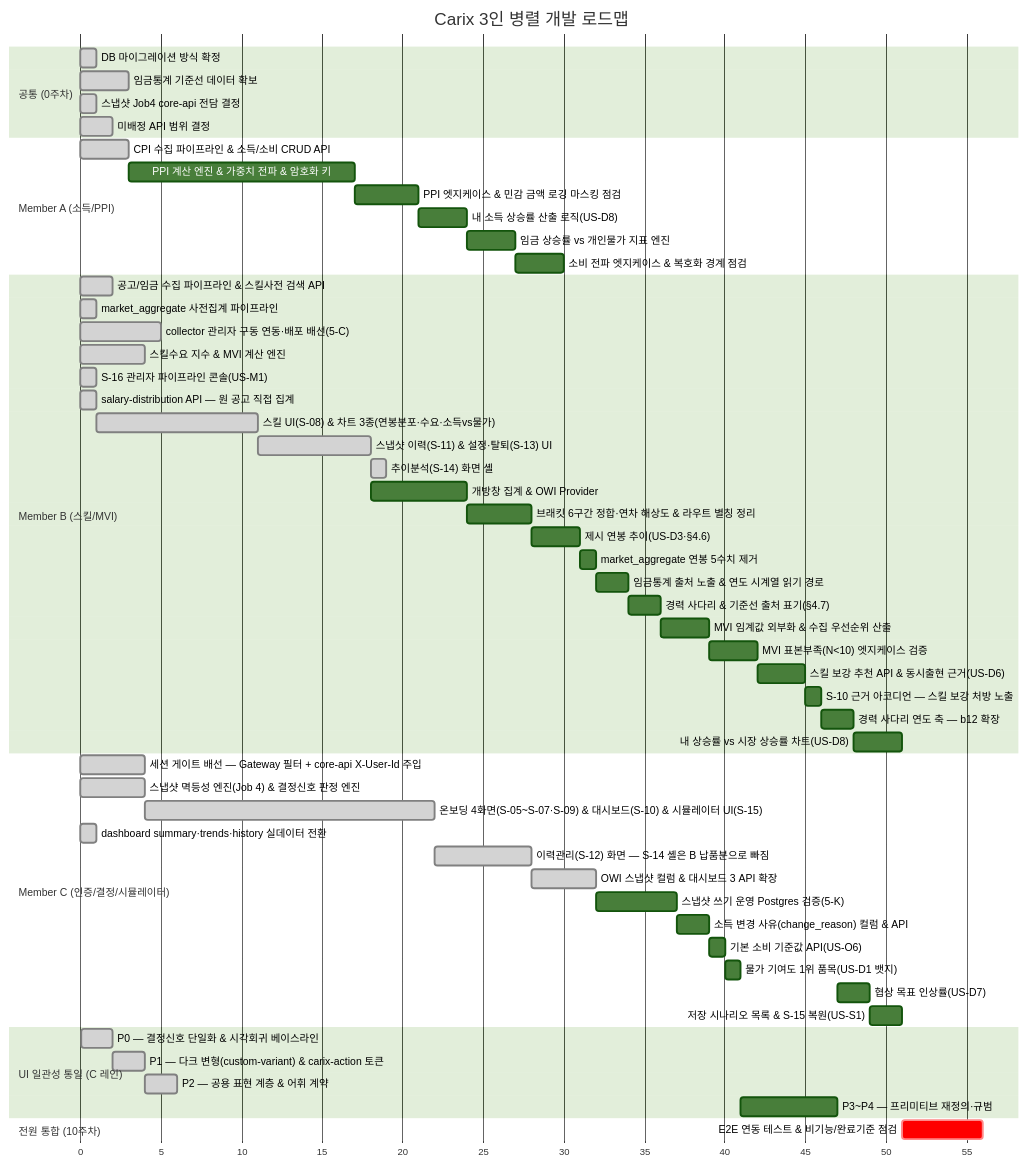
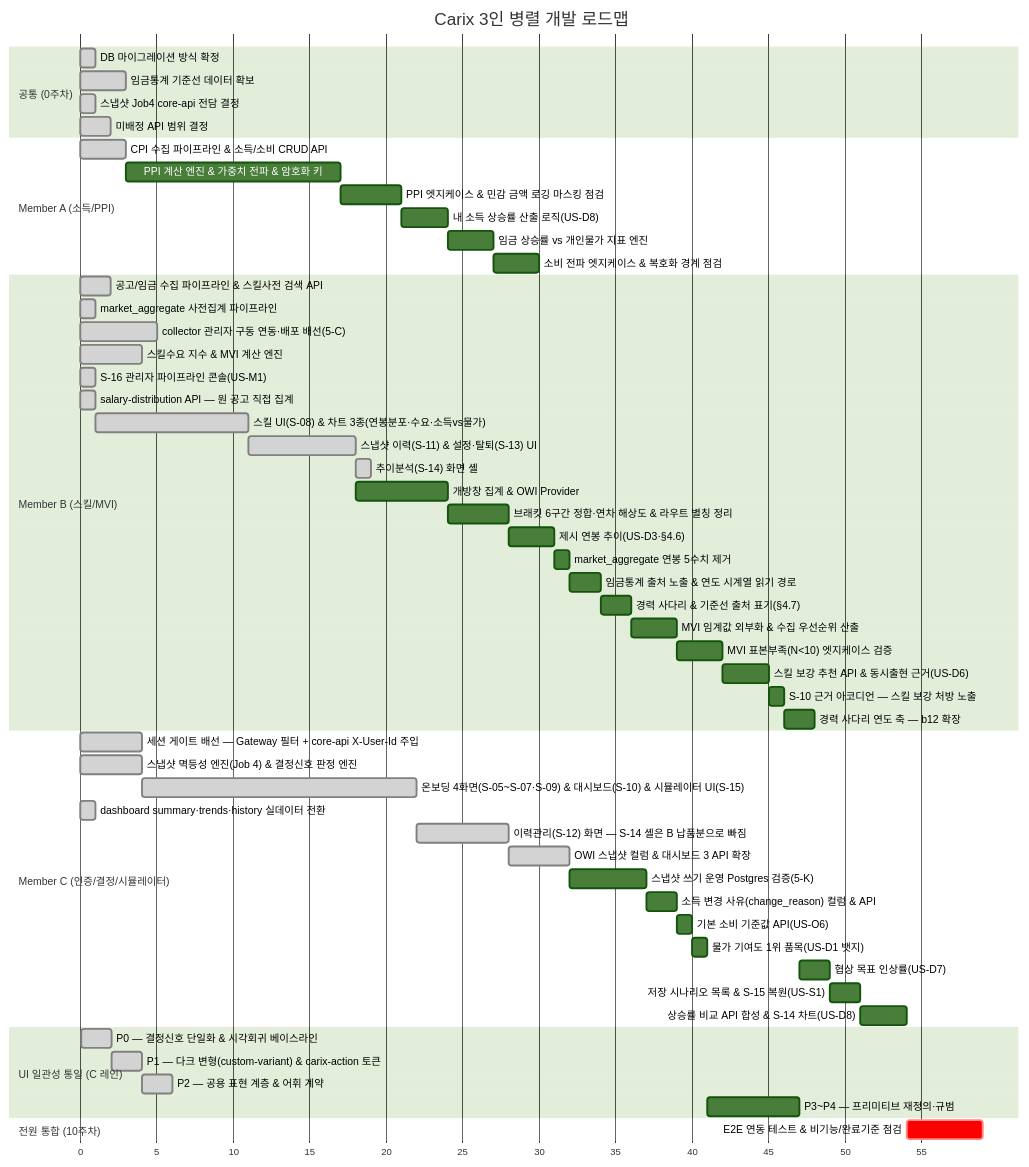
The first of 2 diagrams in docs/plans/carix-dev-plan.md (SeoHyeokGyu/Carix), drawn with Mermaid (forest theme) before and after one commit. The commit also changed other lines of this file and 1 other file, not shown here.

````diff
--- a/docs/plans/carix-dev-plan.md
+++ b/docs/plans/carix-dev-plan.md
@@ -88,60 +88,60 @@
 ```mermaid
 gantt
     title Carix 3인 병렬 개발 로드맵
     dateFormat X
     axisFormat %s
     section 공통 (0주차)
     DB 마이그레이션 방식 확정 :done, c0a, 0, 1s
     임금통계 기준선 데이터 확보 :done, a0, 3, 3s
     스냅샷 Job4 core-api 전담 결정 :done, i0, 7, 1s
     미배정 API 범위 결정 :done, c0, 7, 2s
     section Member A (소득/PPI)
     CPI 수집 파이프라인 & 소득/소비 CRUD API :done, a1, 12, 3s
     PPI 계산 엔진 & 가중치 전파 & 암호화 키 :a2, after a1, 14s
     PPI 엣지케이스 & 민감 금액 로깅 마스킹 점검 :a7, after a2, 4s
     내 소득 상승률 산출 로직(US-D8) :a9, after a7, 3s
     임금 상승률 vs 개인물가 지표 엔진 :a10, after a9, 3s
     소비 전파 엣지케이스 & 복호화 경계 점검 :a12, after a10, 3s
     section Member B (스킬/MVI)
     공고/임금 수집 파이프라인 & 스킬사전 검색 API :done, b1, 2, 2s
     market_aggregate 사전집계 파이프라인 :done, b2a, 3, 1s
     collector 관리자 구동 연동·배포 배선(5-C) :done, b0, 7, 5s
     스킬수요 지수 & MVI 계산 엔진 :done, b2, 8, 4s
     S-16 관리자 파이프라인 콘솔(US-M1) :done, b16, 14, 1s
     salary-distribution API — 원 공고 직접 집계 :done, b3a, 15, 1s
     스킬 UI(S-08) & 차트 3종(연봉분포·수요·소득vs물가) :done, b3, after b3a, 10s
     스냅샷 이력(S-11) & 설정·탈퇴(S-13) UI :done, b4, after b3, 7s
     추이분석(S-14) 화면 셸 :done, b4a, after b4, 1s
     개방창 집계 & OWI Provider :b6, after b4, 6s
     브래킷 6구간 정합·연차 해상도 & 라우트 별칭 정리 :b7, after b6, 4s
     제시 연봉 추이(US-D3·§4.6) :b10, after b7, 3s
     market_aggregate 연봉 5수치 제거 :b11, after b10, 1s
     임금통계 출처 노출 & 연도 시계열 읽기 경로 :b13, after b11, 2s
     경력 사다리 & 기준선 출처 표기(§4.7) :b12, after b13, 2s
     MVI 임계값 외부화 & 수집 우선순위 산출 :b8, after b12, 3s
     MVI 표본부족(N<10) 엣지케이스 검증 :b8a, after b8, 3s
     스킬 보강 추천 API & 동시출현 근거(US-D6) :b9, after b8a, 3s
     S-10 근거 아코디언 — 스킬 보강 처방 노출 :b15, after b9, 1s
     경력 사다리 연도 축 — b12 확장 :b14, after b15, 2s
-    내 상승률 vs 시장 상승률 차트(US-D8) :b17, after b14, 3s
     section Member C (인증/결정/시뮬레이터)
     세션 게이트 배선 — Gateway 필터 + core-api X-User-Id 주입 :done, c0b, 7, 4s
     스냅샷 멱등성 엔진(Job 4) & 결정신호 판정 엔진 :done, c2, 8, 4s
     온보딩 4화면(S-05~S-07·S-09) & 대시보드(S-10) & 시뮬레이터 UI(S-15) :done, c3, after c2, 18s
     dashboard summary·trends·history 실데이터 전환 :done, c4a, 15, 1s
     이력관리(S-12) 화면 — S-14 셸은 B 납품분으로 빠짐 :done, c4, after c3, 6s
     OWI 스냅샷 컬럼 & 대시보드 3 API 확장 :done, c6, after c4, 4s
     스냅샷 쓰기 운영 Postgres 검증(5-K) :c5, after c6, 5s
     소득 변경 사유(change_reason) 컬럼 & API :c10, after c5, 2s
     기본 소비 기준값 API(US-O6) :c11, after c10, 1s
     물가 기여도 1위 품목(US-D1 뱃지) :c12, after c11, 1s
     협상 목표 인상률(US-D7) :c8, after ui3, 2s
     저장 시나리오 목록 & S-15 복원(US-S1) :c9, after c8, 2s
+    상승률 비교 API 합성 & S-14 차트(US-D8) :c14, after c9, 3s
     section UI 일관성 통일 (C 레인)
     P0 — 결정신호 단일화 & 시각회귀 베이스라인 :done, ui0, 33, 2s
     P1 — 다크 변형(custom-variant) & carix-action 토큰 :done, ui1, after ui0, 2s
     P2 — 공용 표현 계층 & 어휘 계약 :done, ui2, after ui1, 2s
     P3~P4 — 프리미티브 재정의·규범 :ui3, after c12, 6s
     section 전원 통합 (10주차)
-    E2E 연동 테스트 & 비기능/완료기준 점검 :crit, e2e, after a12 b17 c9, 5s
+    E2E 연동 테스트 & 비기능/완료기준 점검 :crit, e2e, after a12 b14 c14, 5s
 ```
````
